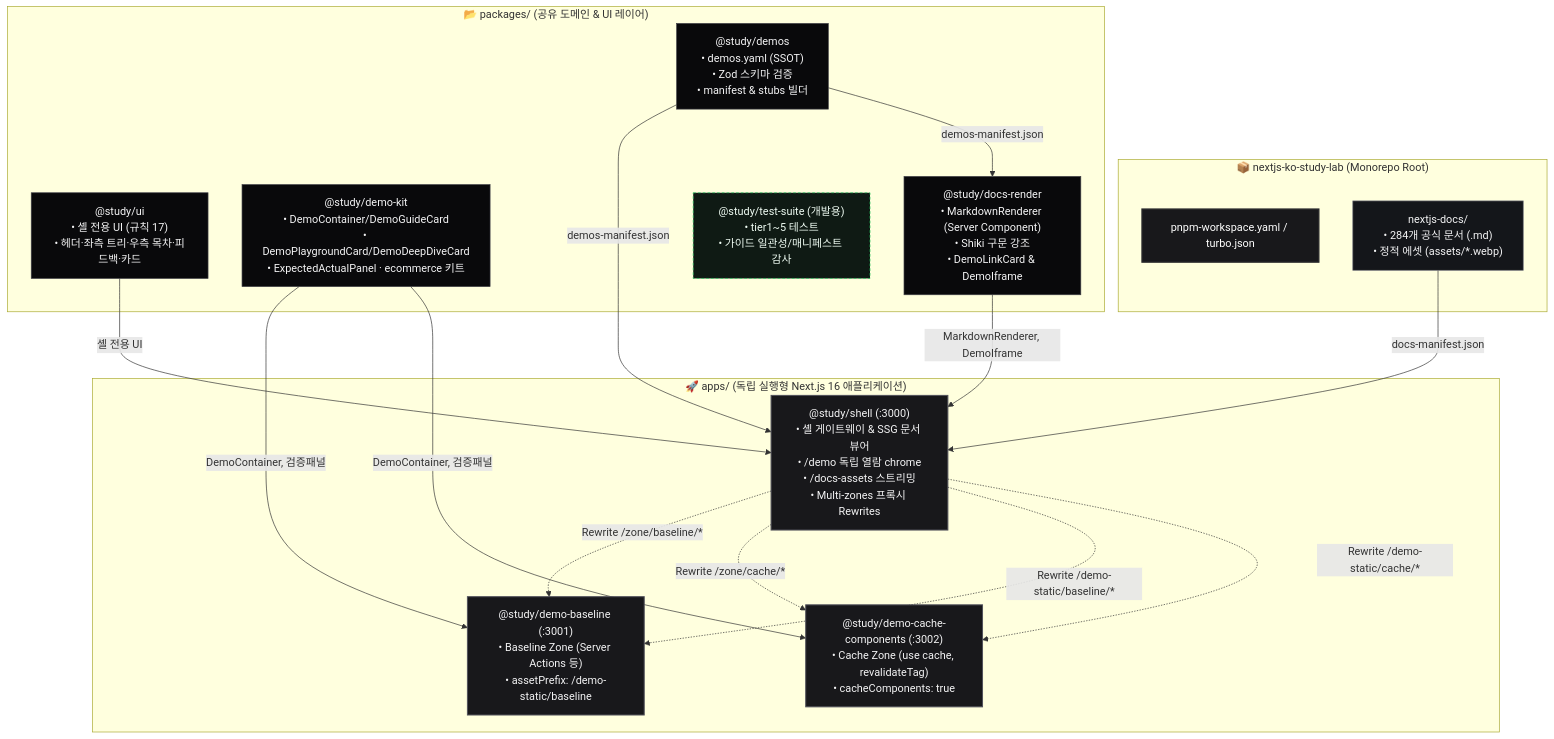
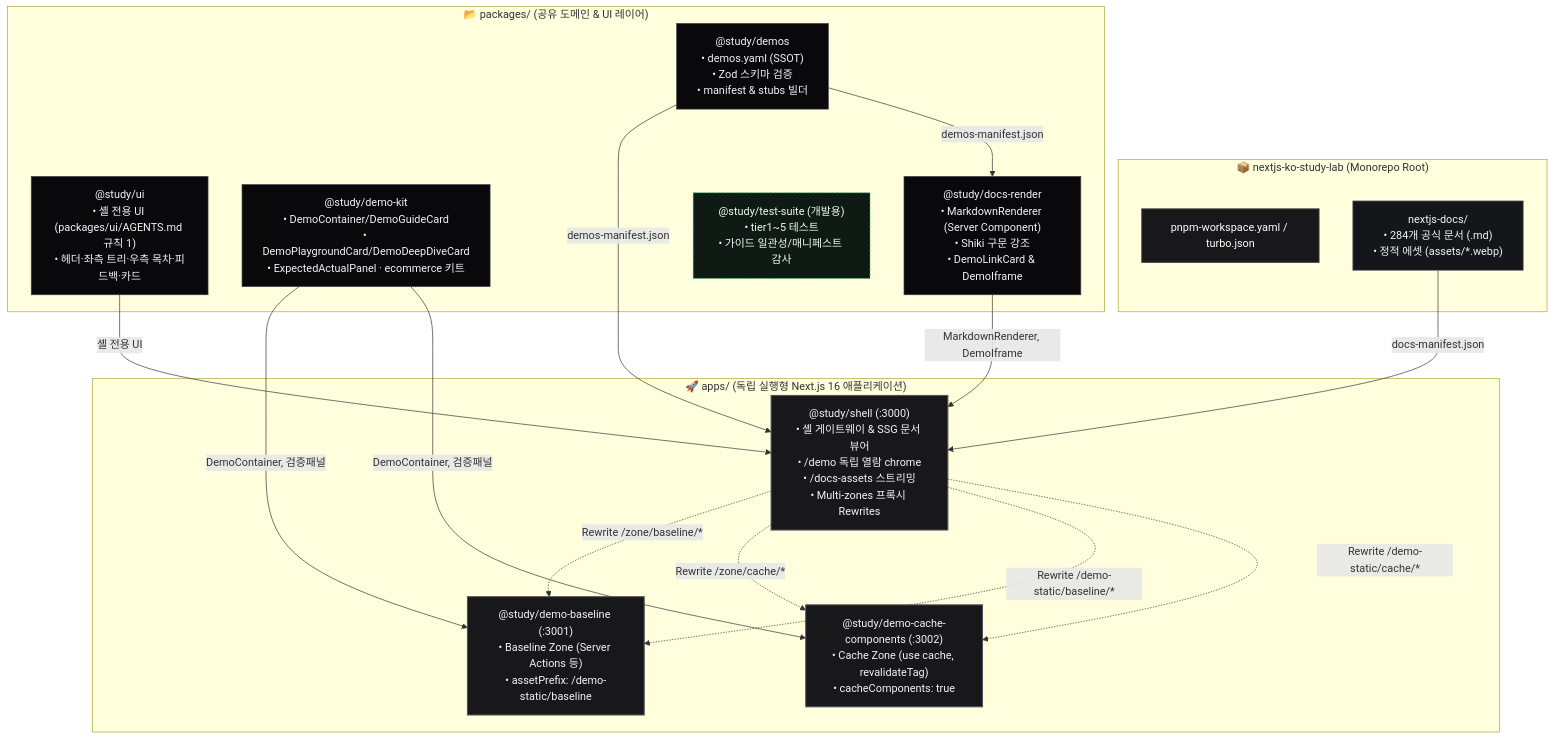
Before and after one commit to Junyong34/nextjs-ko-study-lab: the first of 3 diagrams in nextjs-app/ARCHITECTURE.md, drawn with Mermaid. The commit also changed other lines of this file and 63 other files, not shown here.

````diff
--- a/nextjs-app/ARCHITECTURE.md
+++ b/nextjs-app/ARCHITECTURE.md
@@ -11,42 +11,42 @@
 ```mermaid
 graph TD
     classDef rootStyle fill:#18181b,stroke:#27272a,color:#ffffff,stroke-width:2px;
     classDef pkgStyle fill:#09090b,stroke:#3f3f46,color:#f4f4f5,stroke-width:1px;
     classDef appStyle fill:#18181b,stroke:#52525b,color:#f4f4f5,stroke-width:1.5px;
     classDef docStyle fill:#14161a,stroke:#71717a,color:#f4f4f5,stroke-width:1px;
     classDef testStyle fill:#0f1a14,stroke:#22c55e,color:#f0fdf4,stroke-width:1px,stroke-dasharray: 4 3;
 
     subgraph RepoRoot ["📦 nextjs-ko-study-lab (Monorepo Root)"]
         Workspace["pnpm-workspace.yaml / turbo.json"]:::rootStyle
         DocsSource["nextjs-docs/<br/>• 284개 공식 문서 (.md)<br/>• 정적 에셋 (assets/*.webp)"]:::docStyle
     end
 
     subgraph Packages ["📂 packages/ (공유 도메인 & UI 레이어)"]
         DemosPkg["@study/demos<br/>• demos.yaml (SSOT)<br/>• Zod 스키마 검증<br/>• manifest & stubs 빌더"]:::pkgStyle
-        UIPkg["@study/ui<br/>• 셸 전용 UI (규칙 17)<br/>• 헤더·좌측 트리·우측 목차·피드백·카드"]:::pkgStyle
+        UIPkg["@study/ui<br/>• 셸 전용 UI (packages/ui/AGENTS.md 규칙 1)<br/>• 헤더·좌측 트리·우측 목차·피드백·카드"]:::pkgStyle
         DemoKitPkg["@study/demo-kit<br/>• DemoContainer/DemoGuideCard<br/>• DemoPlaygroundCard/DemoDeepDiveCard<br/>• ExpectedActualPanel · ecommerce 키트"]:::pkgStyle
         RenderPkg["@study/docs-render<br/>• MarkdownRenderer (Server Component)<br/>• Shiki 구문 강조<br/>• DemoLinkCard & DemoIframe"]:::pkgStyle
         TestSuitePkg["@study/test-suite (개발용)<br/>• tier1~5 테스트<br/>• 가이드 일관성/매니페스트 감사"]:::testStyle
     end
 
     subgraph Apps ["🚀 apps/ (독립 실행형 Next.js 16 애플리케이션)"]
         ShellApp["@study/shell (:3000)<br/>• 셸 게이트웨이 & SSG 문서 뷰어<br/>• /demo 독립 열람 chrome<br/>• /docs-assets 스트리밍<br/>• Multi-zones 프록시 Rewrites"]:::appStyle
         DemoBaseline["@study/demo-baseline (:3001)<br/>• Baseline Zone (Server Actions 등)<br/>• assetPrefix: /demo-static/baseline"]:::appStyle
         DemoCache["@study/demo-cache-components (:3002)<br/>• Cache Zone (use cache, revalidateTag)<br/>• cacheComponents: true"]:::appStyle
     end
 
     %% 의존 관계
     DocsSource -->|docs-manifest.json| ShellApp
     DemosPkg -->|demos-manifest.json| ShellApp
     DemosPkg -->|demos-manifest.json| RenderPkg
     DemoKitPkg -->|DemoContainer, 검증패널| DemoBaseline
     DemoKitPkg -->|DemoContainer, 검증패널| DemoCache
     UIPkg -->|셸 전용 UI| ShellApp
     RenderPkg -->|MarkdownRenderer, DemoIframe| ShellApp
 
     %% 런타임 멀티 존 프록시 연결
     ShellApp -.->|Rewrite /zone/baseline/*| DemoBaseline
     ShellApp -.->|Rewrite /zone/cache/*| DemoCache
     ShellApp -.->|Rewrite /demo-static/baseline/*| DemoBaseline
     ShellApp -.->|Rewrite /demo-static/cache/*| DemoCache
 ```
````
